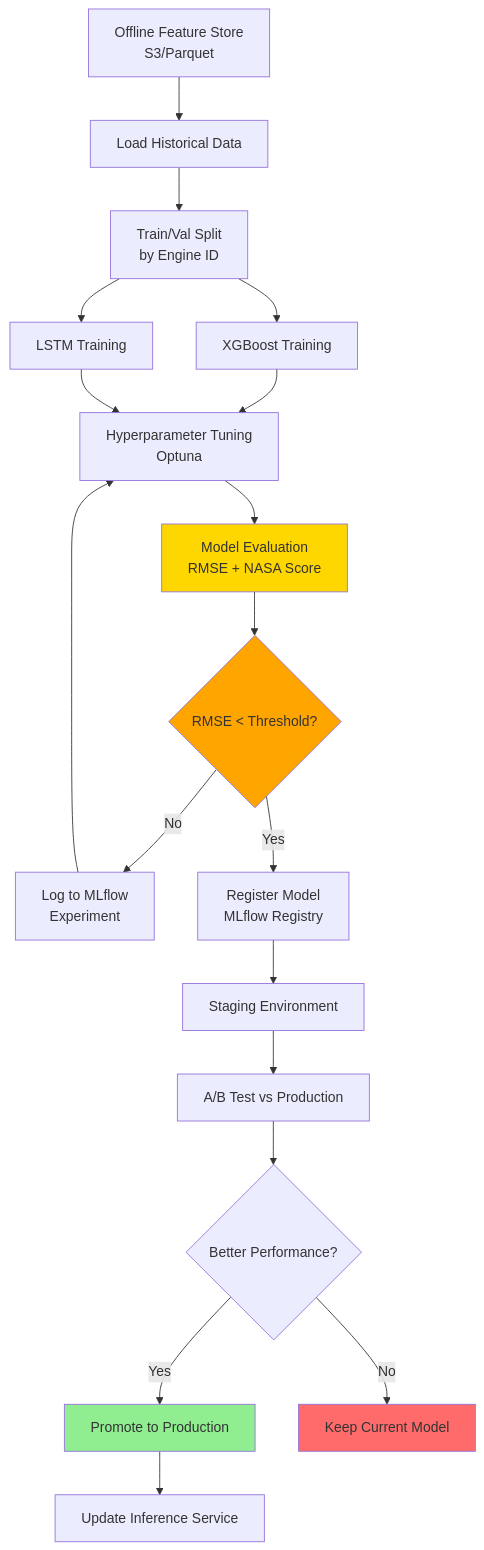
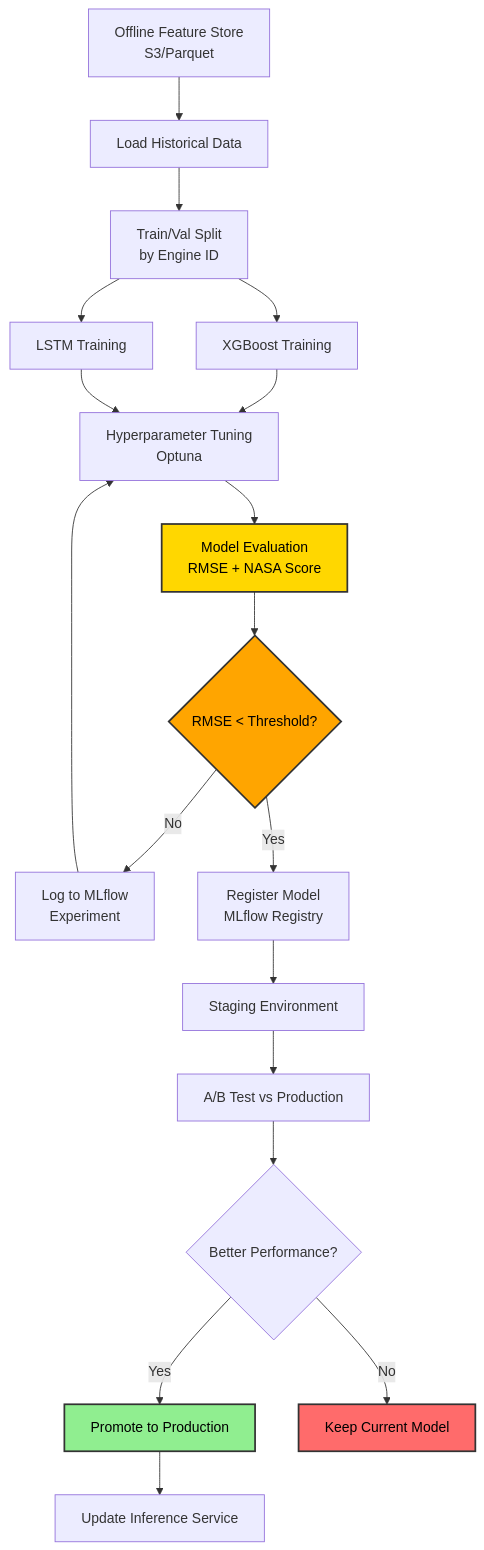
The sixth of 8 diagrams in docs/09_architecture.md (nasim-raj-laskar/Real-Time-Aircraft-Engine-Predictive-Maintenance-System), drawn with Mermaid before and after one commit. The commit also changed other lines of this file and 8 other files, not shown here.

````diff
--- a/docs/09_architecture.md
+++ b/docs/09_architecture.md
@@ -289,32 +289,32 @@
 ```mermaid
 flowchart TD
     A[Offline Feature Store<br/>S3/Parquet] --> B[Load Historical Data]
     B --> C[Train/Val Split<br/>by Engine ID]
     
     C --> D[XGBoost Training]
     C --> E[LSTM Training]
     
     D --> F[Hyperparameter Tuning<br/>Optuna]
     E --> F
     
     F --> G[Model Evaluation<br/>RMSE + NASA Score]
     
     G --> H{RMSE < Threshold?}
     H -->|No| I[Log to MLflow<br/>Experiment]
     I --> F
     
     H -->|Yes| J[Register Model<br/>MLflow Registry]
     J --> K[Staging Environment]
     K --> L[A/B Test vs Production]
     
     L --> M{Better Performance?}
     M -->|Yes| N[Promote to Production]
     M -->|No| O[Keep Current Model]
     
     N --> P[Update Inference Service]
     
-    style G fill:#FFD700
-    style H fill:#FFA500
-    style N fill:#90EE90
-    style O fill:#FF6B6B
+    style G fill:#FFD700,stroke:#333,stroke-width:2px,color:#000
+    style H fill:#FFA500,stroke:#333,stroke-width:2px,color:#000
+    style N fill:#90EE90,stroke:#333,stroke-width:2px,color:#000
+    style O fill:#FF6B6B,stroke:#333,stroke-width:2px,color:#000
 ```
````
